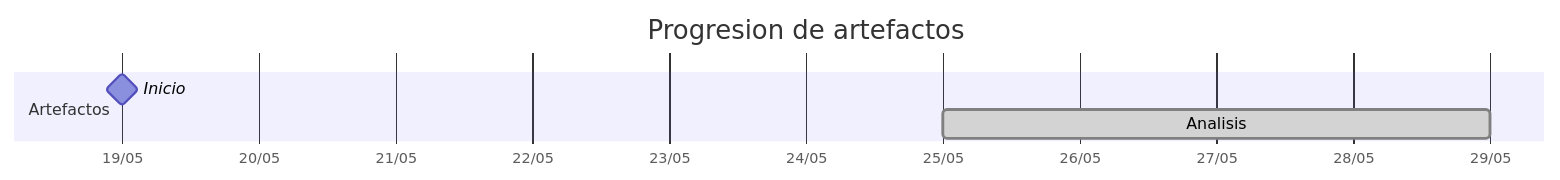
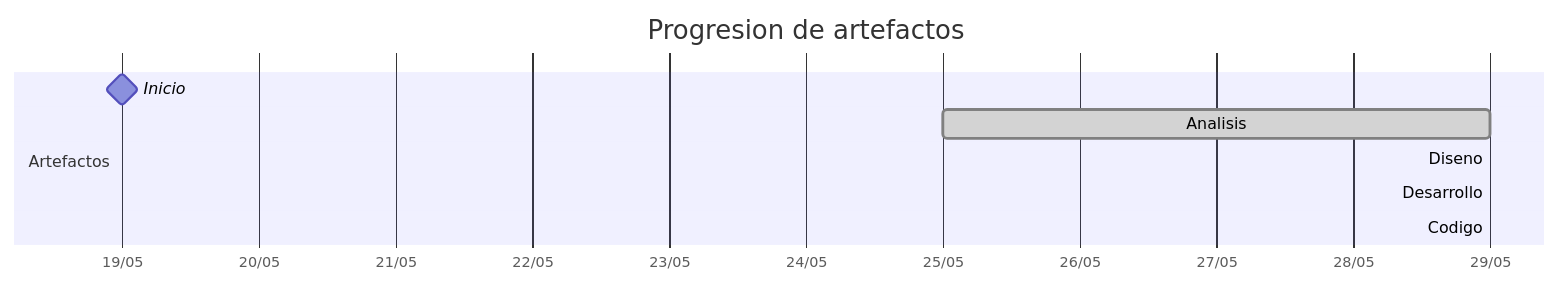
Before and after one commit to carlos-alvarado-25/25-26-idsw2-sdVC: the diagram in TIMELINES/SdeCos.md, drawn with Mermaid. The commit also changed other lines of this file and 12 other files, not shown here.

````diff
--- a/TIMELINES/SdeCos.md
+++ b/TIMELINES/SdeCos.md
@@ -19,9 +19,12 @@
 ```mermaid
 gantt
     title Progresion de artefactos
     dateFormat YYYY-MM-DD
     axisFormat %d/%m
     section Artefactos
         Inicio       :milestone, 2026-05-19, 0d
         Analisis     :done, 2026-05-25, 2026-05-29
+        Diseno       :done, 2026-05-29, 2026-05-29
+        Desarrollo   :done, 2026-05-29, 2026-05-29
+        Codigo       :done, 2026-05-29, 2026-05-29
 ```
````
